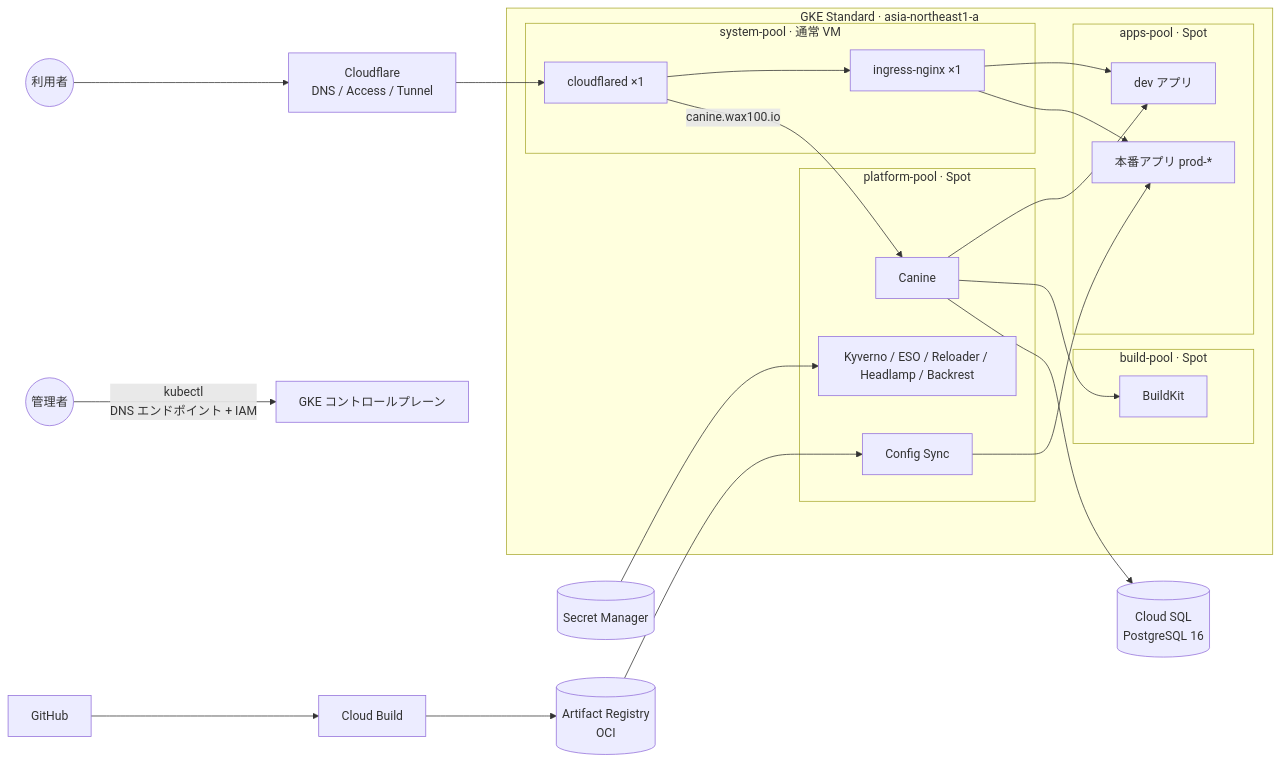
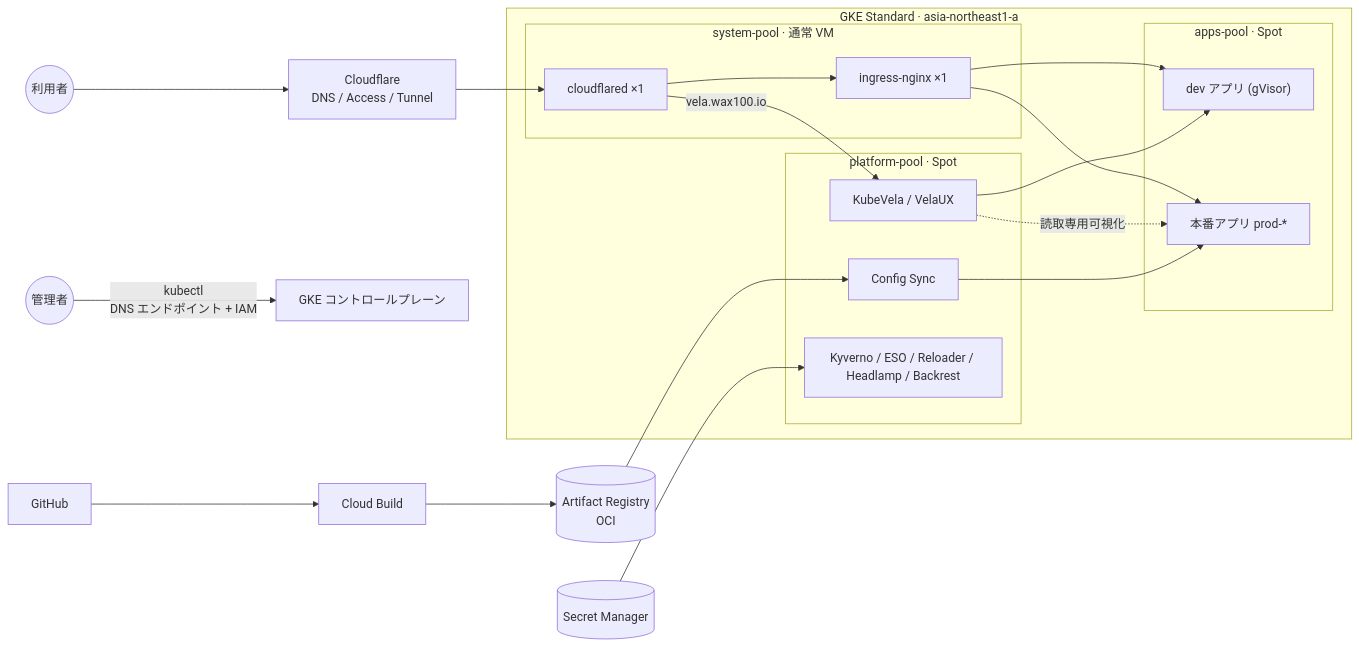
One commit to waxsd100/k8s-platform changed the diagram in README.md. Above: the diagram before and after it, drawn with Mermaid. The commit also changed other lines of this file and 177 other files, not shown here.

````diff
--- a/README.md
+++ b/README.md
@@ -28,33 +28,29 @@
 ```mermaid
 flowchart LR
   user((利用者)) --> cf[Cloudflare<br/>DNS / Access / Tunnel]
   admin((管理者)) -->|kubectl<br/>DNS エンドポイント + IAM| cp[GKE コントロールプレーン]
 
   subgraph gke[GKE Standard · asia-northeast1-a]
     subgraph sys[system-pool · 通常 VM]
       cfd[cloudflared ×1] --> nginx[ingress-nginx ×1]
     end
     subgraph plat[platform-pool · Spot]
-      canine[Canine]
+      vela[KubeVela / VelaUX]
       cs[Config Sync]
       kyv[Kyverno / ESO / Reloader / Headlamp / Backrest]
     end
     subgraph apps[apps-pool · Spot]
-      dev[dev アプリ]
+      dev["dev アプリ (gVisor)"]
       prod[本番アプリ prod-*]
-    end
-    subgraph build[build-pool · Spot]
-      bk[BuildKit]
     end
   end
 
   cf --> cfd
   nginx --> dev & prod
-  cfd -->|canine.wax100.io| canine
-  canine --> dev
-  canine --> bk
+  cfd -->|vela.wax100.io| vela
+  vela --> dev
+  vela -.->|読取専用可視化| prod
 
   gh[GitHub] --> cb[Cloud Build] --> ar[(Artifact Registry<br/>OCI)] --> cs --> prod
   sm[(Secret Manager)] --> kyv
-  canine --> sql[(Cloud SQL<br/>PostgreSQL 16)]
 ```
````
